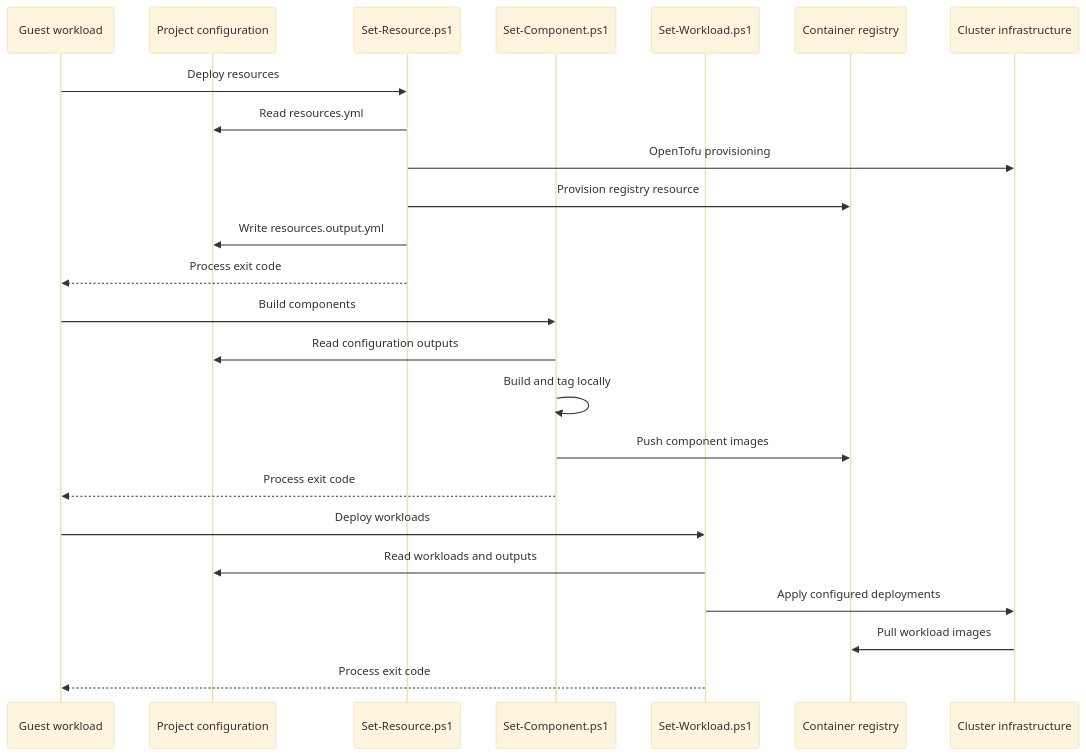
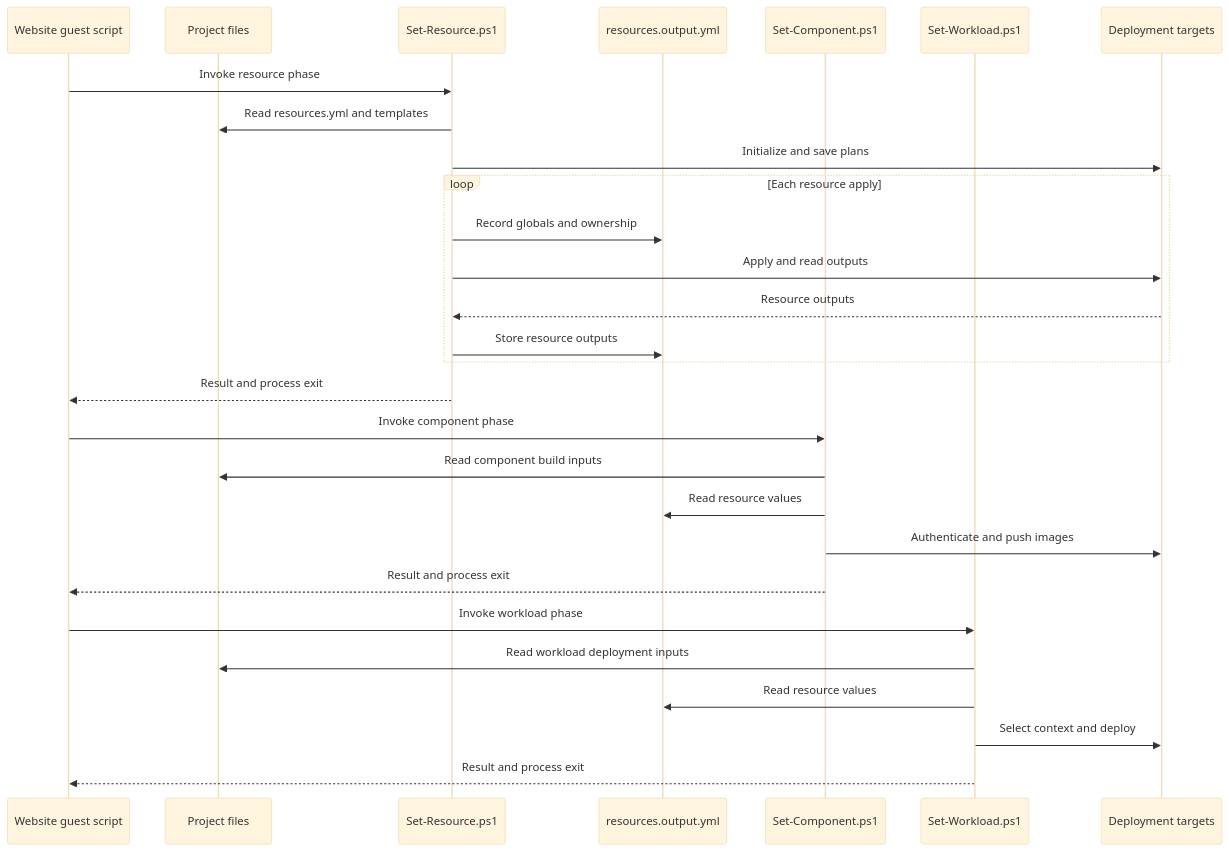
One commit to alissonsol/yuruna changed the first of 8 diagrams in docs/design/03-data-flows.md. Above: the diagram before and after it, drawn with Mermaid (base theme). The commit also changed other lines of this file and 1383 other files, not shown here.

````diff
--- a/docs/design/03-data-flows.md
+++ b/docs/design/03-data-flows.md
@@ -11,26 +12,30 @@
 ```mermaid
 sequenceDiagram
-    participant website-workload as Guest workload
-    participant project-config as Project configuration
-    participant set-resource as Set-Resource.ps1
-    participant set-component as Set-Component.ps1
-    participant set-workload as Set-Workload.ps1
-    participant registry as Container registry
-    participant kubernetes as Cluster infrastructure
-    website-workload->>set-resource: Deploy resources
-    set-resource->>project-config: Read resources.yml
-    set-resource->>kubernetes: OpenTofu provisioning
-    set-resource->>registry: Provision registry resource
-    set-resource->>project-config: Write resources.output.yml
-    set-resource-->>website-workload: Process exit code
-    website-workload->>set-component: Build components
-    set-component->>project-config: Read configuration outputs
-    set-component->>set-component: Build and tag locally
-    set-component->>registry: Push component images
-    set-component-->>website-workload: Process exit code
-    website-workload->>set-workload: Deploy workloads
-    set-workload->>project-config: Read workloads and outputs
-    set-workload->>kubernetes: Apply configured deployments
-    kubernetes->>registry: Pull workload images
-    set-workload-->>website-workload: Process exit code
+    participant ubuntu-server-26-workload-k8s-website-sh as Website guest script
+    participant config as Project files
+    participant set-resource-ps1 as Set-Resource.ps1
+    participant resources-output-yml as resources.output.yml
+    participant set-component-ps1 as Set-Component.ps1
+    participant set-workload-ps1 as Set-Workload.ps1
+    participant global-resources as Deployment targets
+    ubuntu-server-26-workload-k8s-website-sh->>set-resource-ps1: Invoke resource phase
+    set-resource-ps1->>config: Read resources.yml and templates
+    set-resource-ps1->>global-resources: Initialize and save plans
+    loop Each resource apply
+        set-resource-ps1->>resources-output-yml: Record globals and ownership
+        set-resource-ps1->>global-resources: Apply and read outputs
+        global-resources-->>set-resource-ps1: Resource outputs
+        set-resource-ps1->>resources-output-yml: Store resource outputs
+    end
+    set-resource-ps1-->>ubuntu-server-26-workload-k8s-website-sh: Result and process exit
+    ubuntu-server-26-workload-k8s-website-sh->>set-component-ps1: Invoke component phase
+    set-component-ps1->>config: Read component build inputs
+    set-component-ps1->>resources-output-yml: Read resource values
+    set-component-ps1->>global-resources: Authenticate and push images
+    set-component-ps1-->>ubuntu-server-26-workload-k8s-website-sh: Result and process exit
+    ubuntu-server-26-workload-k8s-website-sh->>set-workload-ps1: Invoke workload phase
+    set-workload-ps1->>config: Read workload deployment inputs
+    set-workload-ps1->>resources-output-yml: Read resource values
+    set-workload-ps1->>global-resources: Select context and deploy
+    set-workload-ps1-->>ubuntu-server-26-workload-k8s-website-sh: Result and process exit
 ```
````
